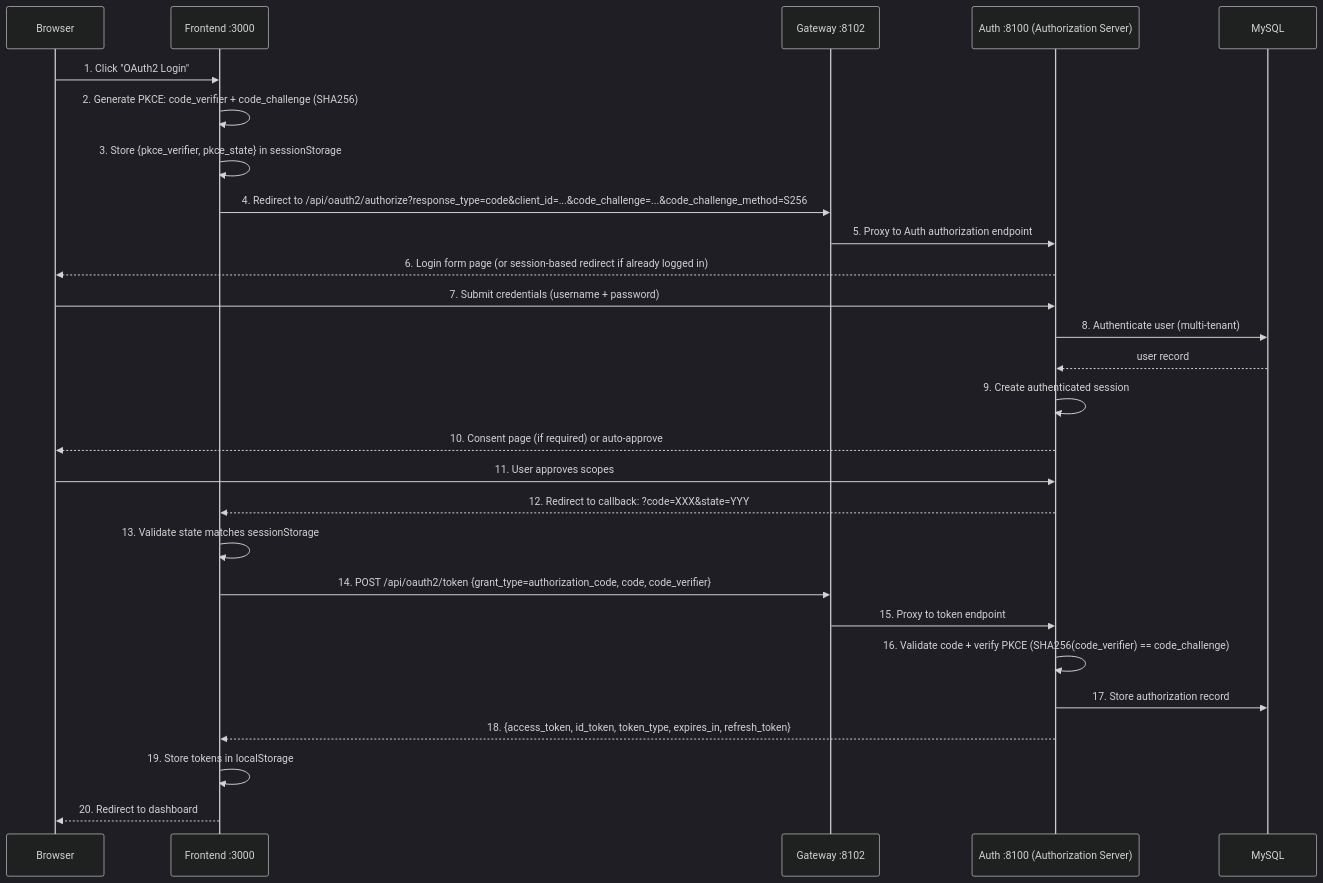
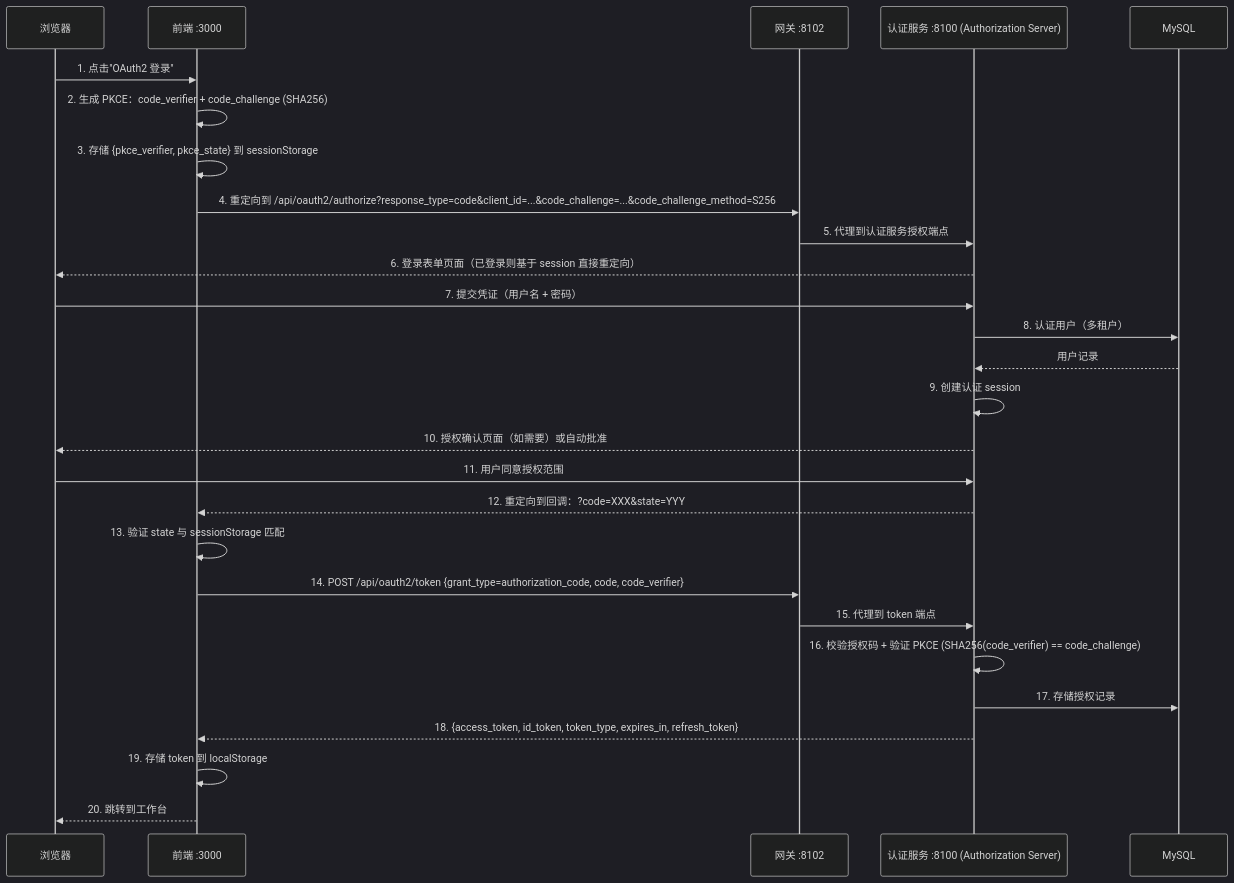
Before and after one commit to wang-baohai/Omni-Stack: the second of 12 diagrams in docs/core-flows.md, drawn with Mermaid (dark theme). The commit also changed other lines of this file and 76 other files, not shown here.

````diff
--- a/docs/core-flows.md
+++ b/docs/core-flows.md
@@ -276,30 +277,30 @@
 ```mermaid
 sequenceDiagram
-    participant B as Browser
-    participant F as Frontend :3000
-    participant G as Gateway :8102
-    participant A as Auth :8100 (Authorization Server)
+    participant B as 浏览器
+    participant F as 前端 :3000
+    participant G as 网关 :8102
+    participant A as 认证服务 :8100 (Authorization Server)
     participant M as MySQL
 
-    B->>F: 1. Click "OAuth2 Login"
-    F->>F: 2. Generate PKCE: code_verifier + code_challenge (SHA256)
-    F->>F: 3. Store {pkce_verifier, pkce_state} in sessionStorage
-    F->>G: 4. Redirect to /api/oauth2/authorize?response_type=code&client_id=...&code_challenge=...&code_challenge_method=S256
-    G->>A: 5. Proxy to Auth authorization endpoint
-    A-->>B: 6. Login form page (or session-based redirect if already logged in)
-    B->>A: 7. Submit credentials (username + password)
-    A->>M: 8. Authenticate user (multi-tenant)
-    M-->>A: user record
-    A->>A: 9. Create authenticated session
-    A-->>B: 10. Consent page (if required) or auto-approve
-    B->>A: 11. User approves scopes
-    A-->>F: 12. Redirect to callback: ?code=XXX&state=YYY
-    F->>F: 13. Validate state matches sessionStorage
+    B->>F: 1. 点击"OAuth2 登录"
+    F->>F: 2. 生成 PKCE：code_verifier + code_challenge (SHA256)
+    F->>F: 3. 存储 {pkce_verifier, pkce_state} 到 sessionStorage
+    F->>G: 4. 重定向到 /api/oauth2/authorize?response_type=code&client_id=...&code_challenge=...&code_challenge_method=S256
+    G->>A: 5. 代理到认证服务授权端点
+    A-->>B: 6. 登录表单页面（已登录则基于 session 直接重定向）
+    B->>A: 7. 提交凭证（用户名 + 密码）
+    A->>M: 8. 认证用户（多租户）
+    M-->>A: 用户记录
+    A->>A: 9. 创建认证 session
+    A-->>B: 10. 授权确认页面（如需要）或自动批准
+    B->>A: 11. 用户同意授权范围
+    A-->>F: 12. 重定向到回调：?code=XXX&state=YYY
+    F->>F: 13. 验证 state 与 sessionStorage 匹配
     F->>G: 14. POST /api/oauth2/token {grant_type=authorization_code, code, code_verifier}
-    G->>A: 15. Proxy to token endpoint
-    A->>A: 16. Validate code + verify PKCE (SHA256(code_verifier) == code_challenge)
-    A->>M: 17. Store authorization record
+    G->>A: 15. 代理到 token 端点
+    A->>A: 16. 校验授权码 + 验证 PKCE (SHA256(code_verifier) == code_challenge)
+    A->>M: 17. 存储授权记录
     A-->>F: 18. {access_token, id_token, token_type, expires_in, refresh_token}
-    F->>F: 19. Store tokens in localStorage
-    F-->>B: 20. Redirect to dashboard
+    F->>F: 19. 存储 token 到 localStorage
+    F-->>B: 20. 跳转到工作台
 ```
````
